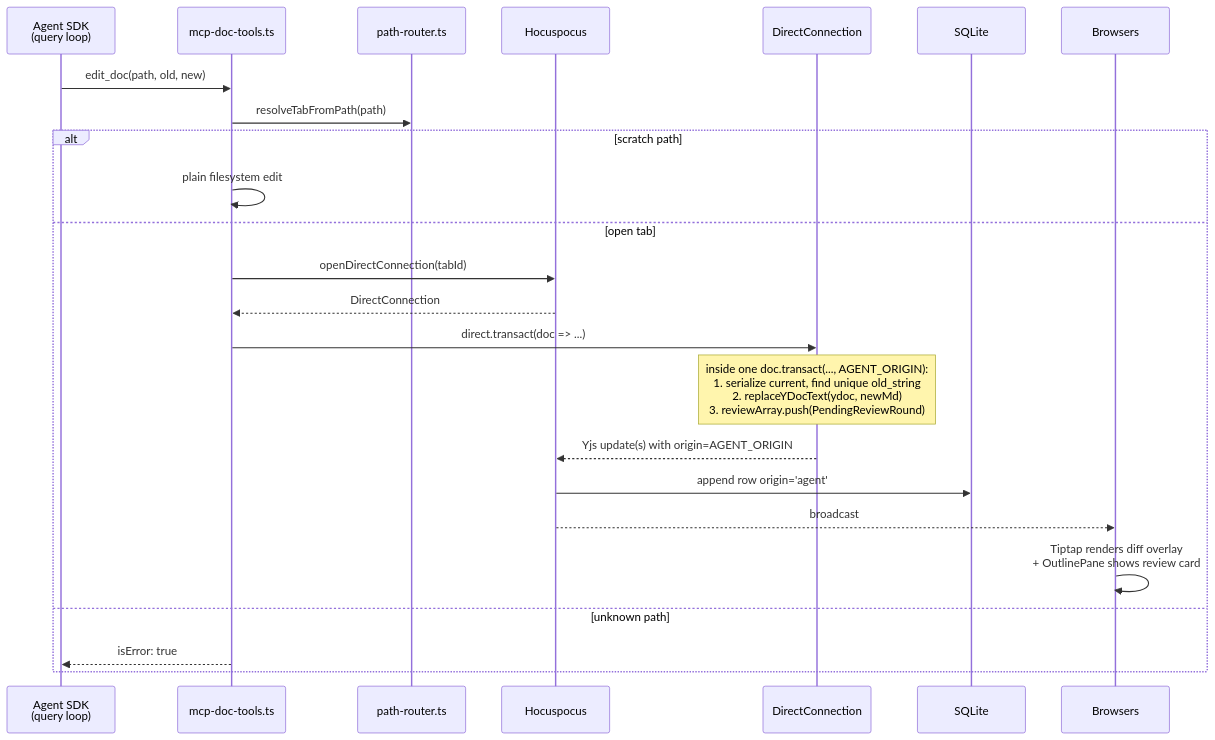
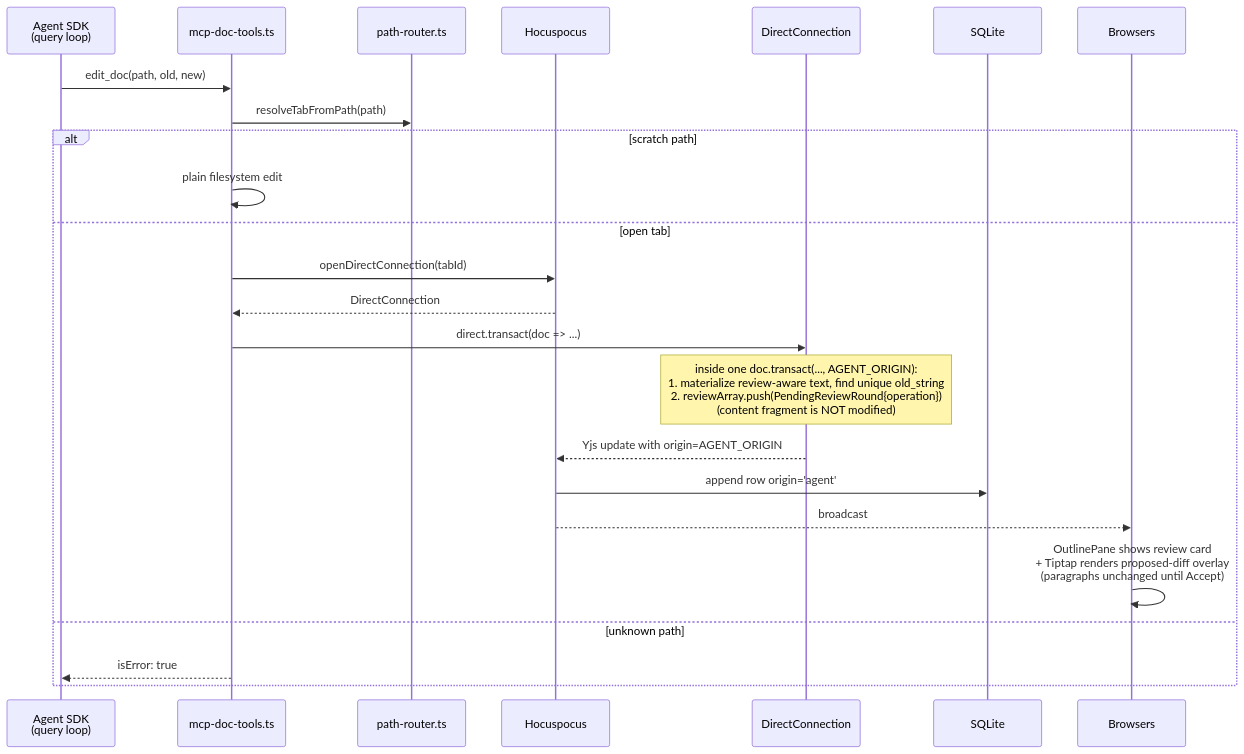
The sixth of 11 diagrams in ARCHITECTURE.md (docwriter-org/docwriter), drawn with Mermaid before and after one commit. The commit also changed other lines of this file and 2 other files, not shown here.

````diff
--- a/ARCHITECTURE.md
+++ b/ARCHITECTURE.md
@@ -294,27 +301,27 @@
 ```mermaid
 sequenceDiagram
   participant SDK as Agent SDK<br/>(query loop)
   participant MCP as mcp-doc-tools.ts
   participant PR as path-router.ts
   participant H as Hocuspocus
   participant DC as DirectConnection
   participant DB as SQLite
   participant Br as Browsers
 
   SDK->>MCP: edit_doc(path, old, new)
   MCP->>PR: resolveTabFromPath(path)
   alt scratch path
     MCP->>MCP: plain filesystem edit
   else open tab
     MCP->>H: openDirectConnection(tabId)
     H-->>MCP: DirectConnection
     MCP->>DC: direct.transact(doc => ...)
-    Note over DC: inside one doc.transact(..., AGENT_ORIGIN):<br/>1. serialize current, find unique old_string<br/>2. replaceYDocText(ydoc, newMd)<br/>3. reviewArray.push(PendingReviewRound)
-    DC-->>H: Yjs update(s) with origin=AGENT_ORIGIN
+    Note over DC: inside one doc.transact(..., AGENT_ORIGIN):<br/>1. materialize review-aware text, find unique old_string<br/>2. reviewArray.push(PendingReviewRound{operation})<br/>(content fragment is NOT modified)
+    DC-->>H: Yjs update with origin=AGENT_ORIGIN
     H->>DB: append row origin='agent'
     H-->>Br: broadcast
-    Br->>Br: Tiptap renders diff overlay<br/>+ OutlinePane shows review card
+    Br->>Br: OutlinePane shows review card<br/>+ Tiptap renders proposed-diff overlay<br/>(paragraphs unchanged until Accept)
   else unknown path
     MCP-->>SDK: isError: true
   end
 ```
````
